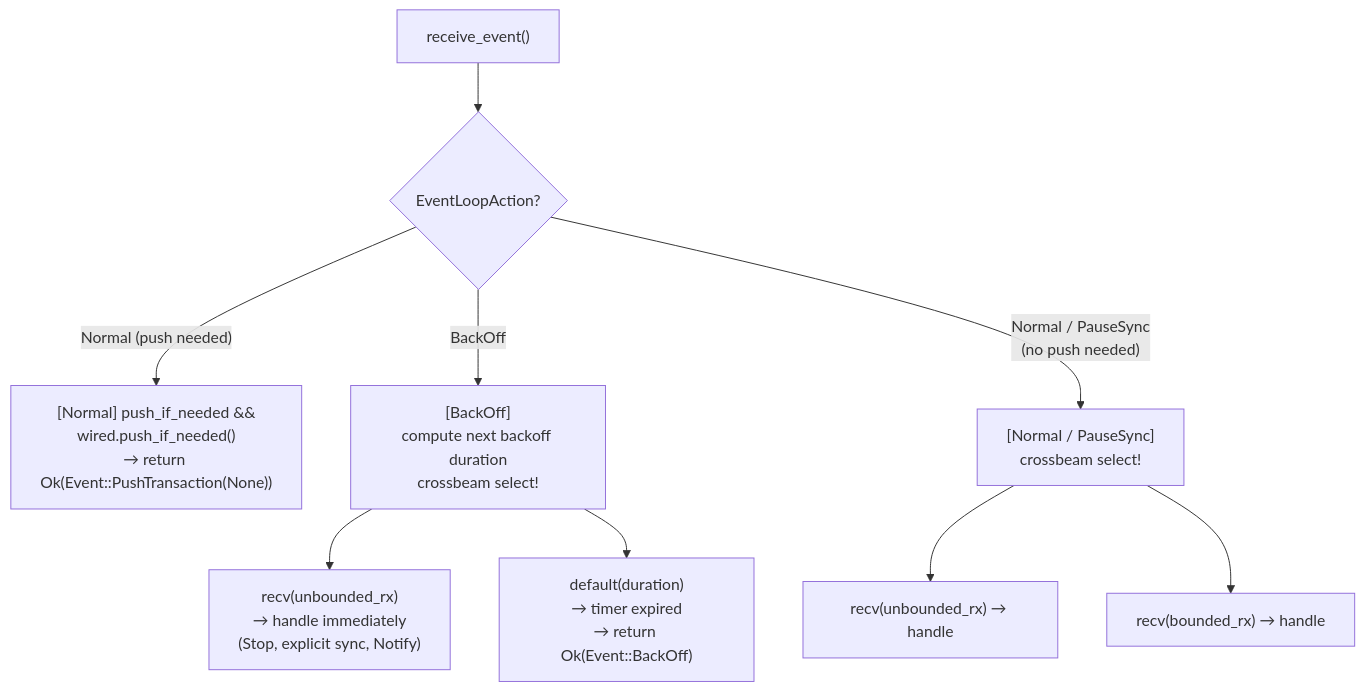
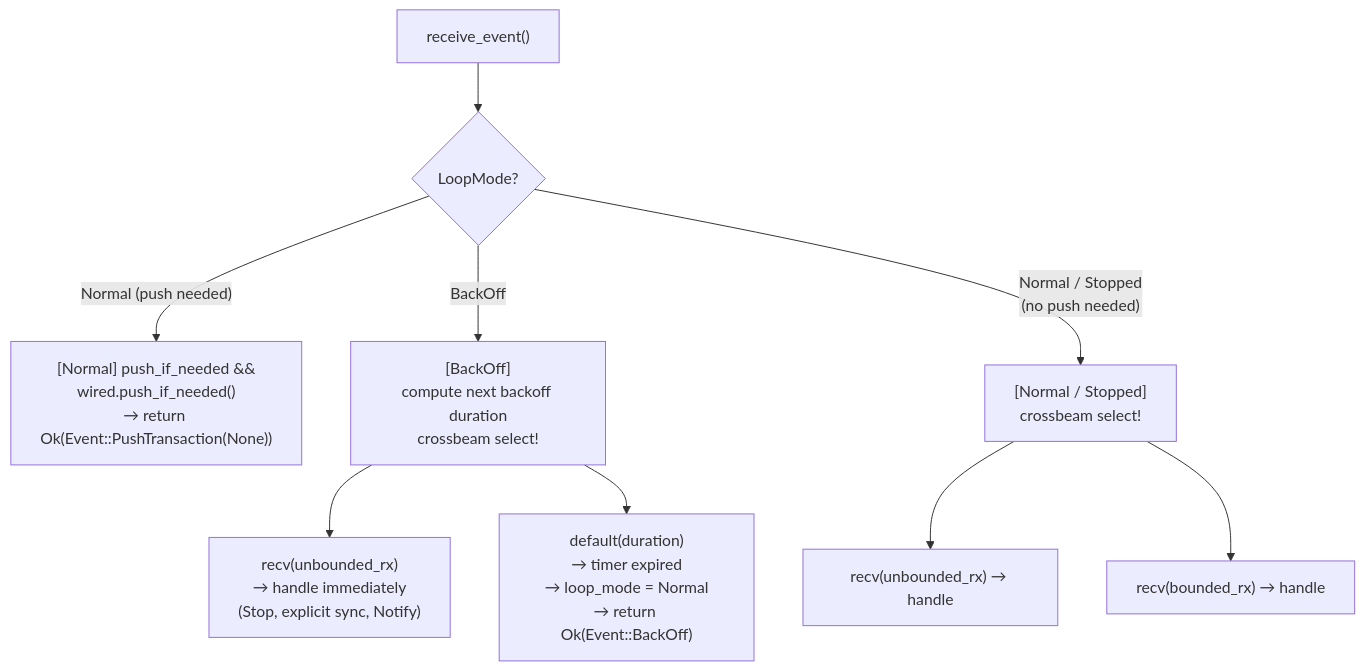
Before and after one commit to qortoo/qortoo-rs: the fourth of 8 diagrams in docs/event-loop.md, drawn with Mermaid. The commit also changed other lines of this file and 29 other files, not shown here.

First line of the commit message:
💄refactor(errors): replace push-pull error taxonomy with RecoveryAction-based routing (#40)

````diff
--- a/docs/event-loop.md
+++ b/docs/event-loop.md
@@ -93,24 +96,24 @@
 ```mermaid
 flowchart TD
     RE["receive_event()"]
-    State{"EventLoopAction?"}
+    State{"LoopMode?"}
 
     AutoPush["[Normal] push_if_needed &&\nwired.push_if_needed()\n→ return Ok(Event::PushTransaction(None))"]
 
     BOSelect["[BackOff]\ncompute next backoff duration\ncrossbeam select!"]
     BOUnbounded["recv(unbounded_rx)\n→ handle immediately\n(Stop, explicit sync, Notify)"]
-    BOTimer["default(duration)\n→ timer expired\n→ return Ok(Event::BackOff)"]
+    BOTimer["default(duration)\n→ timer expired\n→ loop_mode = Normal\n→ return Ok(Event::BackOff)"]
 
-    NPSelect["[Normal / PauseSync]\ncrossbeam select!"]
+    NPSelect["[Normal / Stopped]\ncrossbeam select!"]
     NPUnbounded["recv(unbounded_rx) → handle"]
     NPBounded["recv(bounded_rx) → handle"]
 
     RE --> State
     State -->|"Normal (push needed)"| AutoPush
     State -->|"BackOff"| BOSelect
-    State -->|"Normal / PauseSync\n(no push needed)"| NPSelect
+    State -->|"Normal / Stopped\n(no push needed)"| NPSelect
     BOSelect --> BOUnbounded
     BOSelect --> BOTimer
     NPSelect --> NPUnbounded
     NPSelect --> NPBounded
 ```
````
